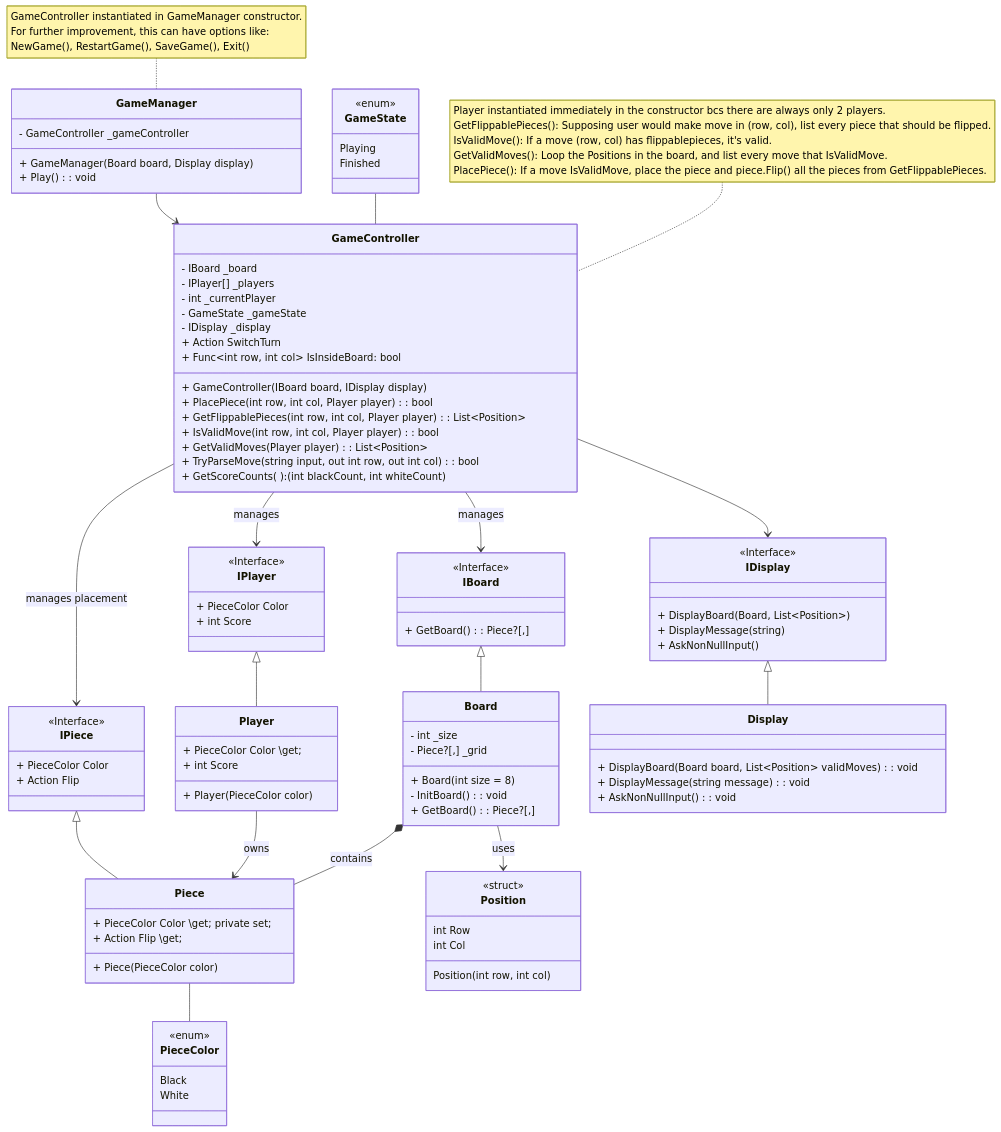
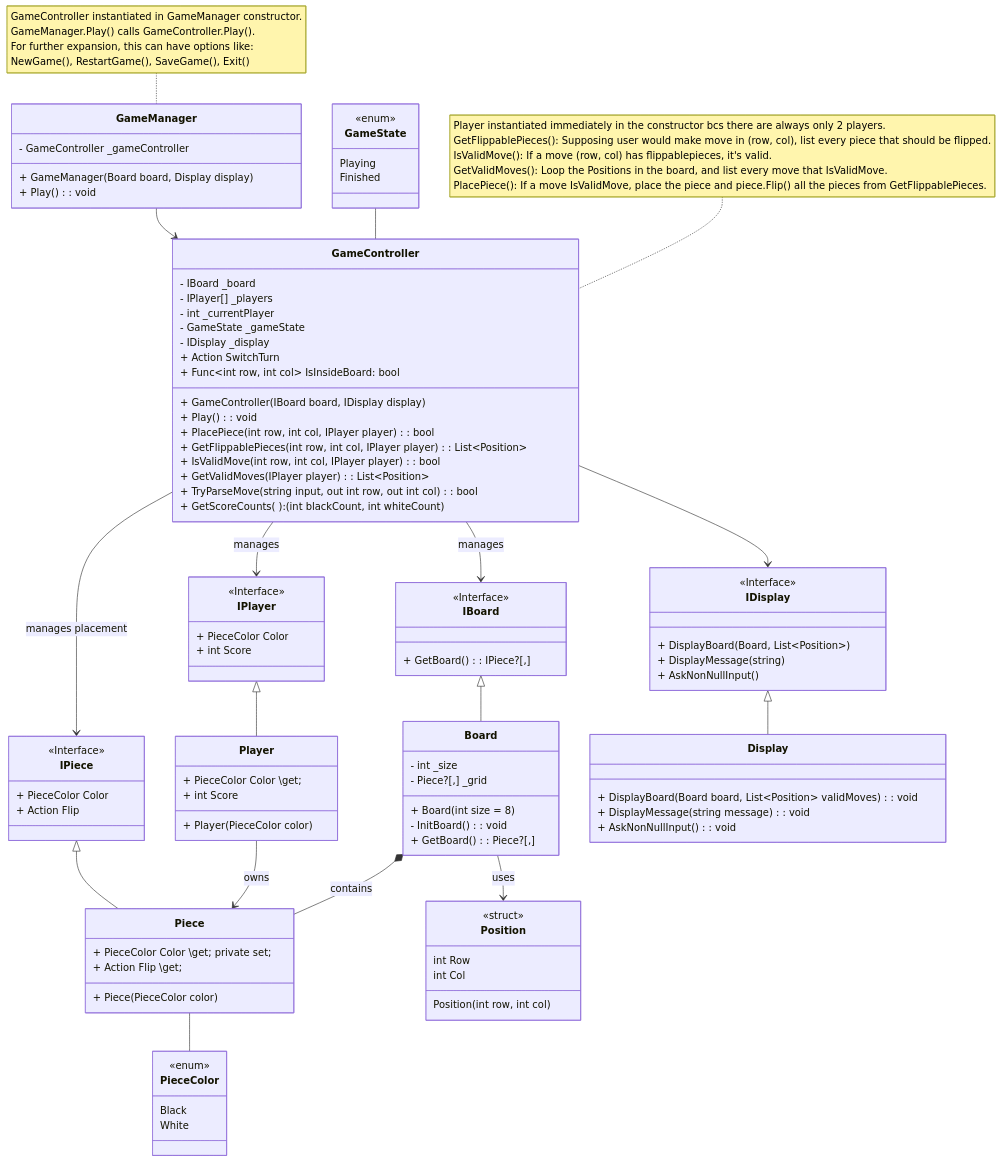
Before and after one commit to soniaagst/project-sonia: the diagram in BoardGame/othelloworld.mmd, drawn with Mermaid.

Commit message:
updated class diagram

```diff
--- a/BoardGame/othelloworld.mmd
+++ b/BoardGame/othelloworld.mmd
@@ -1,153 +1,155 @@
 classDiagram
     GameController --> IBoard : manages
     GameController --> IPlayer : manages
     GameController --> IPiece : manages placement
     GameController --> IDisplay
     GameState -- GameController
     Board *-- Piece : contains
     Board --> Position : uses
     Player --> Piece : owns
     Piece -- PieceColor
     IDisplay <|-- Display
     IBoard <|-- Board
     IPlayer <|-- Player
     IPiece <|-- Piece
     GameManager --> GameController
 
     class Display {
         + DisplayBoard(Board board, List~Position~ validMoves): void
         + DisplayMessage(string message): void
         + AskNonNullInput( ): void
     }
 
     class GameManager {
         - GameController _gameController
         + GameManager(Board board, Display display)
         + Play( ): void
     }
     note for GameManager "GameController instantiated in GameManager constructor.
-    For further improvement, this can have options like:
+    GameManager.Play() calls GameController.Play().
+    For further expansion, this can have options like:
     NewGame(), RestartGame(), SaveGame(), Exit()"
 
     class GameController {
         - IBoard _board
         - IPlayer[] _players
         - int _currentPlayer
         - GameState _gameState
         - IDisplay _display
         + Action SwitchTurn
         + Func~int row, int col~ IsInsideBoard: bool
         + GameController(IBoard board, IDisplay display)
-        + PlacePiece(int row, int col, Player player): bool
-        + GetFlippablePieces(int row, int col, Player player): List~Position~
-        + IsValidMove(int row, int col, Player player): bool
-        + GetValidMoves(Player player): List~Position~
+        + Play( ): void
+        + PlacePiece(int row, int col, IPlayer player): bool
+        + GetFlippablePieces(int row, int col, IPlayer player): List~Position~
+        + IsValidMove(int row, int col, IPlayer player): bool
+        + GetValidMoves(IPlayer player): List~Position~
         + TryParseMove(string input, out int row, out int col): bool
         + GetScoreCounts( ): (int blackCount, int whiteCount)
     }
     note for GameController "Player instantiated immediately in the constructor bcs there are always only 2 players.
     GetFlippablePieces(): Supposing user would make move in (row, col), list every piece that should be flipped.
     IsValidMove(): If a move (row, col) has flippablepieces, it's valid.
     GetValidMoves(): Loop the Positions in the board, and list every move that IsValidMove.
     PlacePiece(): If a move IsValidMove, place the piece and piece.Flip() all the pieces from GetFlippablePieces.
     "
 
     class Board {
         - int _size
         - Piece?[,] _grid
         + Board(int size = 8)
         - InitBoard(): void
         + GetBoard(): Piece?[,]
     }
 
     class Piece {
         + PieceColor Color \\get; private set;
         + Action Flip \\get;
         + Piece(PieceColor color)
     }
 
     class Player {
         + PieceColor Color \\get;
         + int Score
         + Player(PieceColor color)
     }
 
     class Position {
         <<struct>>
         int Row
         int Col
         Position(int row, int col)
     }
 
     class PieceColor {
         <<enum>>
         Black
         White
     }
     %% Black marked with X, White marked with O
 
     class GameState {
         <<enum>>
         Playing
         Finished
     }
 
     class IDisplay {
         <<Interface>>
         + DisplayBoard(Board, List~Position~)
         + DisplayMessage(string)
         + AskNonNullInput()
     }
 
     class IBoard {
         <<Interface>>
-        + GetBoard(): Piece?[,]
+        + GetBoard(): IPiece?[,]
     }
 
     class IPiece {
         <<Interface>>
         + PieceColor Color
         + Action Flip
     }
 
     class IPlayer {
         <<Interface>>
         + PieceColor Color
         + int Score
     }
 
 
 %% Rules:
 
 %% 2 players (Black & White), on 8x8 board.
 
 %% Initial board: 4 pieces at the center with this configuration:
 %% W B      or      O X
 %% B W              X O
 
 %% Black moves first.
 
 %% Black (White) place a black (white) piece on the board, 
 %% in such a way that there is at least one straight 
 %% (horizontal, vertical, or diagonal) occupied line 
 %% between the new piece and another black (white) piece, 
 %% with one or more contiguous white (black) pieces between them.
 
 %% After placing the piece, 
 %% Black (White) flips all white pieces lying on a straight line
 %% between the new piece and any existing black (white) pieces.
 
 %% All flipped pieces are now black (white).
 
 %% Players alternate taking turns.
 
 %% If a player does not have any valid moves,
 %% play passes back to the other player.
 
 %% When neither player can move, the game ends.
 
 %% A game of Othello may end before the board is completely filled.
 
 %% The player with the most pieces on the board at the end of the game wins.
 
 %% If both players have the same number of pieces, then the game is a draw.
```
